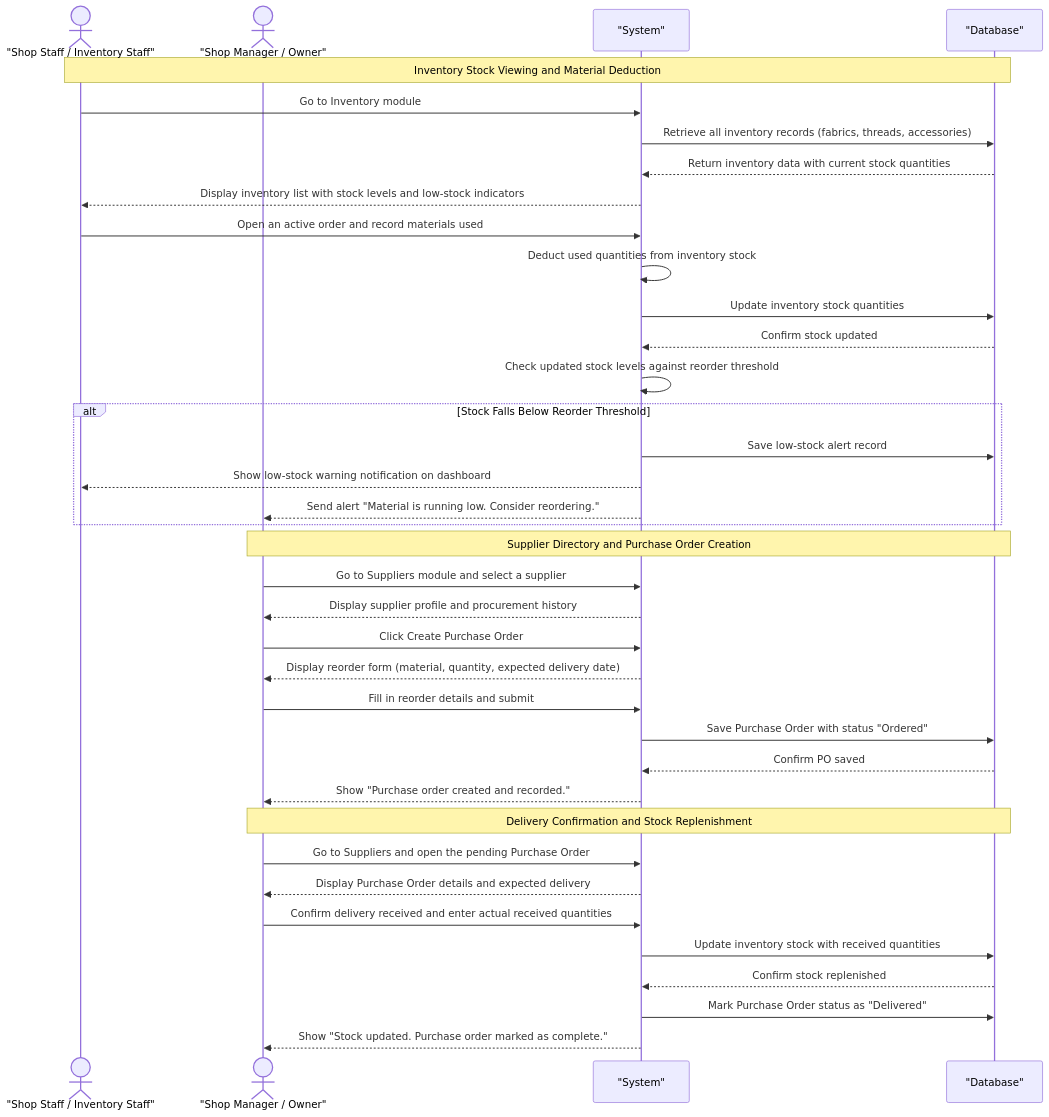
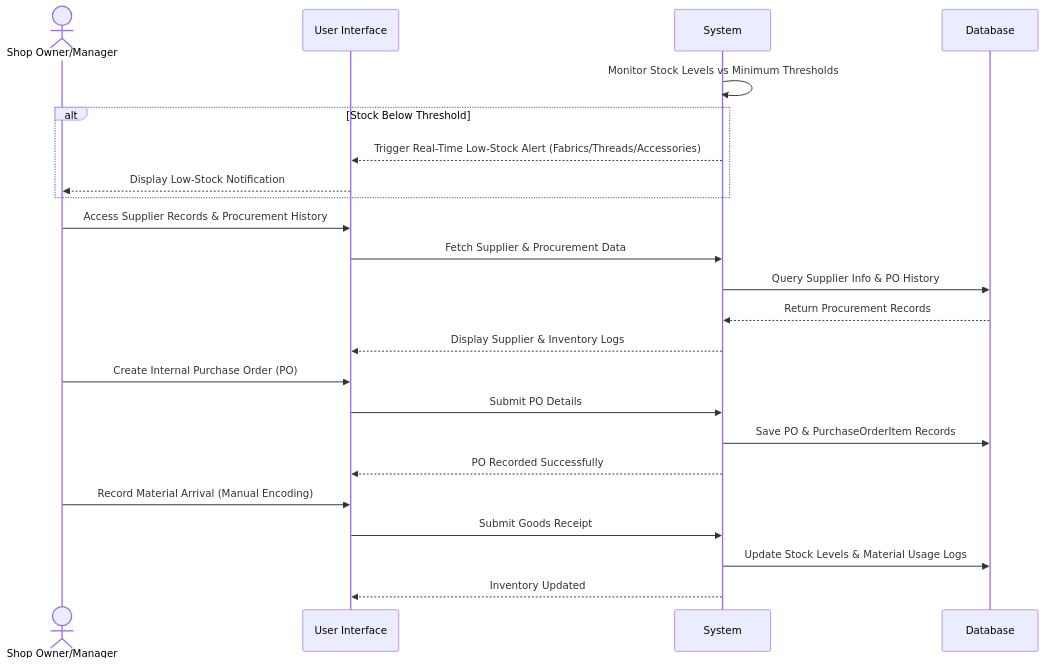
One commit to ItzFrostyCode/CapstoneSatura changed the fourth of 6 diagrams in sutura-clean-nextjs-prototype/docs/SequenceDiagram.md. Above: the diagram before and after it, drawn with Mermaid. The commit also changed other lines of this file and 264 other files, not shown here.

First line of the commit message:
refactor: finalize technical documentation and synchronize database schema with capstone objectives

````diff
--- a/sutura-clean-nextjs-prototype/docs/SequenceDiagram.md
+++ b/sutura-clean-nextjs-prototype/docs/SequenceDiagram.md
@@ -201,44 +129,29 @@
 ```mermaid
 sequenceDiagram
-    actor Staff as "Shop Staff / Inventory Staff"
-    actor Manager as "Shop Manager / Owner"
-    participant System as "System"
-    participant DB as "Database"
+    actor Manager as Shop Owner/Manager
+    participant UI as User Interface
+    participant System as System
+    participant DB as Database
 
-    Note over Staff, DB: Inventory Stock Viewing and Material Deduction
-    Staff->>System: Go to Inventory module
-    System->>DB: Retrieve all inventory records (fabrics, threads, accessories)
-    DB-->>System: Return inventory data with current stock quantities
-    System-->>Staff: Display inventory list with stock levels and low-stock indicators
-
-    Staff->>System: Open an active order and record materials used
-    System->>System: Deduct used quantities from inventory stock
-    System->>DB: Update inventory stock quantities
-    DB-->>System: Confirm stock updated
-
-    System->>System: Check updated stock levels against reorder threshold
-    alt Stock Falls Below Reorder Threshold
-        System->>DB: Save low-stock alert record
-        System-->>Staff: Show low-stock warning notification on dashboard
-        System-->>Manager: Send alert "Material is running low. Consider reordering."
+    System->>System: Monitor Stock Levels vs Minimum Thresholds
+    alt Stock Below Threshold
+        System-->>UI: Trigger Real-Time Low-Stock Alert (Fabrics/Threads/Accessories)
+        UI-->>Manager: Display Low-Stock Notification
     end
 
-    Note over Manager, DB: Supplier Directory and Purchase Order Creation
-    Manager->>System: Go to Suppliers module and select a supplier
-    System-->>Manager: Display supplier profile and procurement history
-    Manager->>System: Click Create Purchase Order
-    System-->>Manager: Display reorder form (material, quantity, expected delivery date)
-    Manager->>System: Fill in reorder details and submit
-    System->>DB: Save Purchase Order with status "Ordered"
-    DB-->>System: Confirm PO saved
-    System-->>Manager: Show "Purchase order created and recorded."
+    Manager->>UI: Access Supplier Records & Procurement History
+    UI->>System: Fetch Supplier & Procurement Data
+    System->>DB: Query Supplier Info & PO History
+    DB-->>System: Return Procurement Records
+    System-->>UI: Display Supplier & Inventory Logs
 
-    Note over Manager, DB: Delivery Confirmation and Stock Replenishment
-    Manager->>System: Go to Suppliers and open the pending Purchase Order
-    System-->>Manager: Display Purchase Order details and expected delivery
-    Manager->>System: Confirm delivery received and enter actual received quantities
-    System->>DB: Update inventory stock with received quantities
-    DB-->>System: Confirm stock replenished
-    System->>DB: Mark Purchase Order status as "Delivered"
-    System-->>Manager: Show "Stock updated. Purchase order marked as complete."
+    Manager->>UI: Create Internal Purchase Order (PO)
+    UI->>System: Submit PO Details
+    System->>DB: Save PO & PurchaseOrderItem Records
+    System-->>UI: PO Recorded Successfully
+
+    Manager->>UI: Record Material Arrival (Manual Encoding)
+    UI->>System: Submit Goods Receipt
+    System->>DB: Update Stock Levels & Material Usage Logs
+    System-->>UI: Inventory Updated
 ```
````
